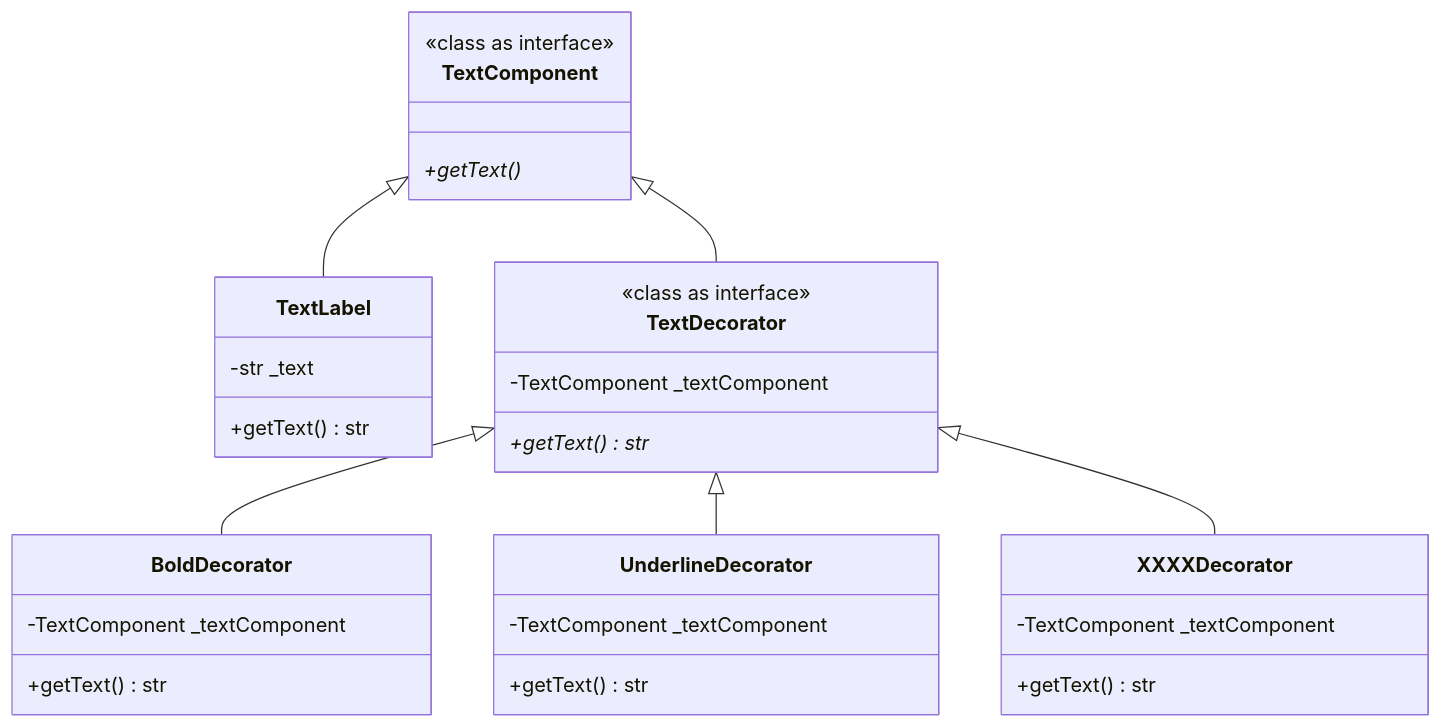
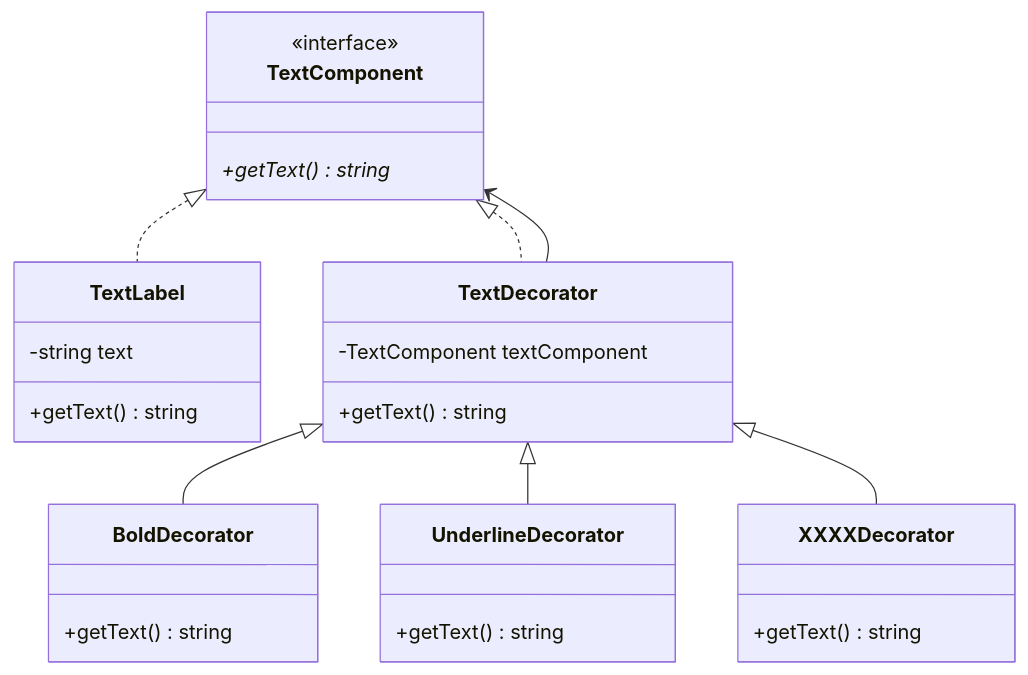
One commit to naruwo-github/reading-in-a-circle changed the second of 2 diagrams in design-pattern/12-decorator-pattern/README.md. Above: the diagram before and after it, drawn with Mermaid. The commit also changed other lines of this file and 2 other files, not shown here.

````diff
--- a/design-pattern/12-decorator-pattern/README.md
+++ b/design-pattern/12-decorator-pattern/README.md
@@ -86,40 +96,37 @@
 ```mermaid
 classDiagram
 
 class TextComponent {
-  <<class as interface>>
-  +getText()*
+  <<interface>>
+  +getText()* string
 }
 
 class TextLabel {
-  -str _text
-  +getText() str
+  -string text
+  +getText() string
 }
 
 class TextDecorator {
-  <<class as interface>>
-  -TextComponent _textComponent
-  +getText()* str
+  -TextComponent textComponent
+  +getText() string
 }
 
 class BoldDecorator {
-  -TextComponent _textComponent
-  +getText() str
+  +getText() string
 }
 
 class UnderlineDecorator {
-  -TextComponent _textComponent
-  +getText() str
+  +getText() string
 }
 
 class XXXXDecorator {
-  -TextComponent _textComponent
-  +getText() str
+  +getText() string
 }
 
-TextComponent <|-- TextLabel
-TextComponent <|-- TextDecorator
+TextComponent <|.. TextLabel
+TextComponent <|.. TextDecorator
+TextComponent <-- TextDecorator
 TextDecorator <|-- BoldDecorator
 TextDecorator <|-- UnderlineDecorator
 TextDecorator <|-- XXXXDecorator
 ```
````
